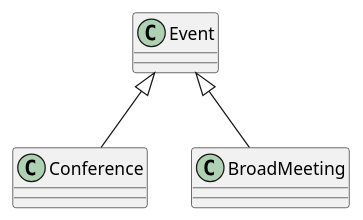
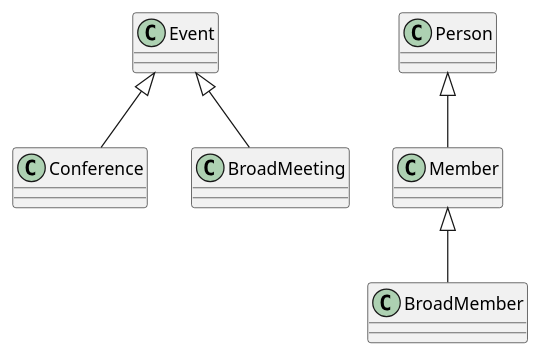
One commit to CorazaNegra/UMLClasesFSP changed the diagram in Practica_Diagramas_UML.puml. Above: the diagram before and after it, drawn with PlantUML.

Commit message:
creación clases Person, Member, BroadMember y sus relaciones

```diff
--- a/Practica_Diagramas_UML.puml
+++ b/Practica_Diagramas_UML.puml
@@ -1,20 +1,34 @@
 @startuml
 
 class Event{
 
 }
 
 class Conference{
 
 }
 
 class BroadMeeting{
 
 }
 
+class Person{
+
+}
+
+class Member{
+
+}
+
+class BroadMember{
+
+}
+
 Event <|-- Conference
 Event <|-- BroadMeeting
+Person <|-- Member
+Member <|-- BroadMember
 
 
 
 @enduml
```
